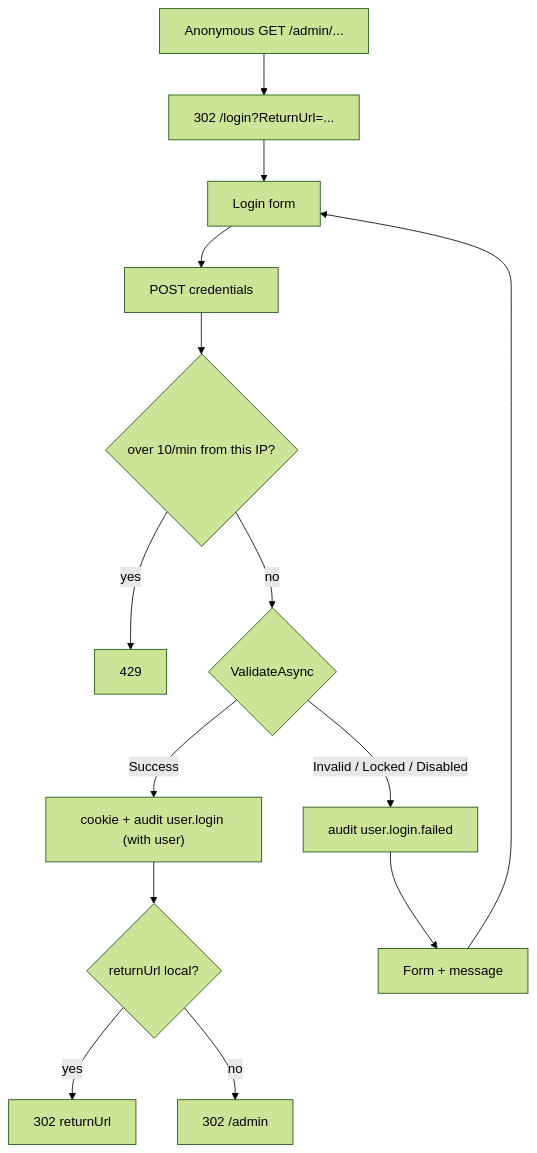
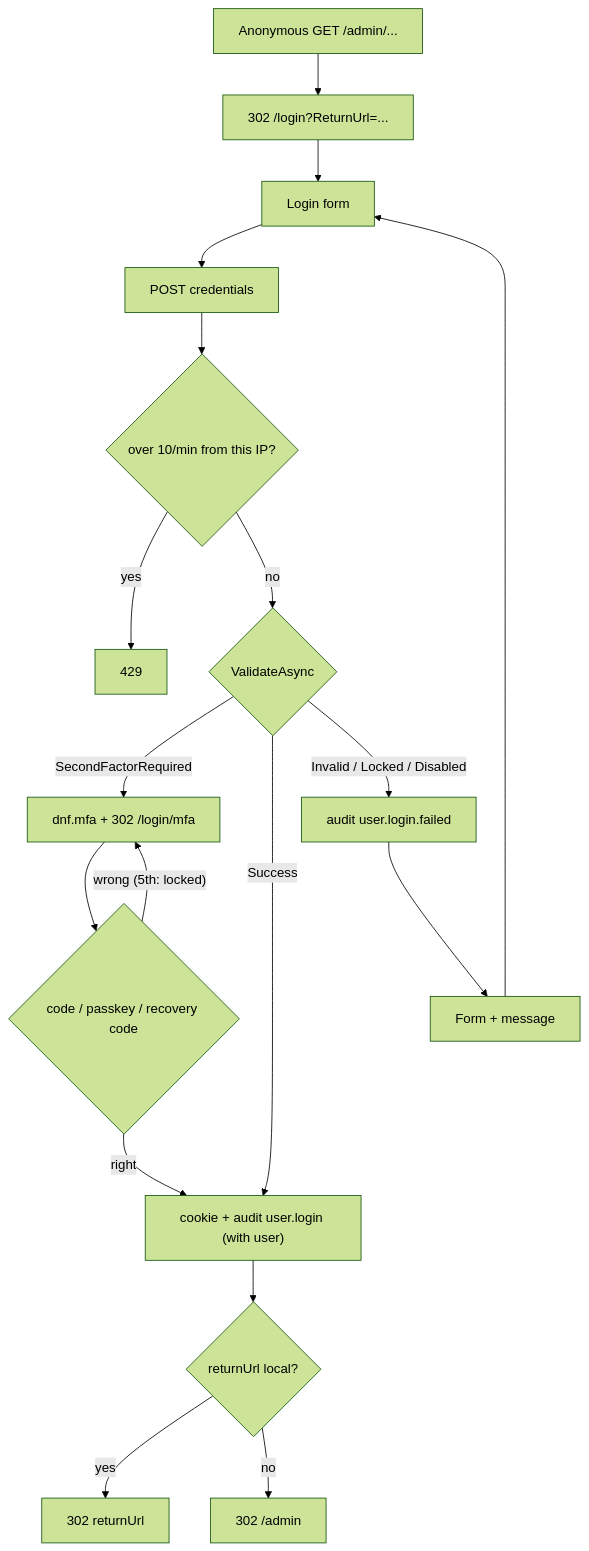
Before and after one commit to Albadit/DotNetForge: the diagram in .docs/pages/login.md, drawn with Mermaid (forest theme). The commit also changed other lines of this file and 143 other files, not shown here.

````diff
--- a/.docs/pages/login.md
+++ b/.docs/pages/login.md
@@ -202,13 +247,16 @@
 ```mermaid
 flowchart TD
     A["Anonymous GET /admin/..."] --> B["302 /login?ReturnUrl=..."]
     B --> C[Login form]
     C --> D[POST credentials]
     D --> RL{"over 10/min from this IP?"}
     RL -- yes --> T["429"]
     RL -- no --> E{ValidateAsync}
+    E -- SecondFactorRequired --> M["dnf.mfa + 302 /login/mfa"] --> M2{"code / passkey / recovery code"}
+    M2 -- right --> F
+    M2 -- "wrong (5th: locked)" --> M
     E -- Success --> F["cookie + audit user.login (with user)"] --> G{"returnUrl local?"}
     G -- yes --> G1["302 returnUrl"]
     G -- no --> G2["302 /admin"]
     E -- "Invalid / Locked / Disabled" --> H["audit user.login.failed"] --> I[Form + message] --> C
 ```
````
